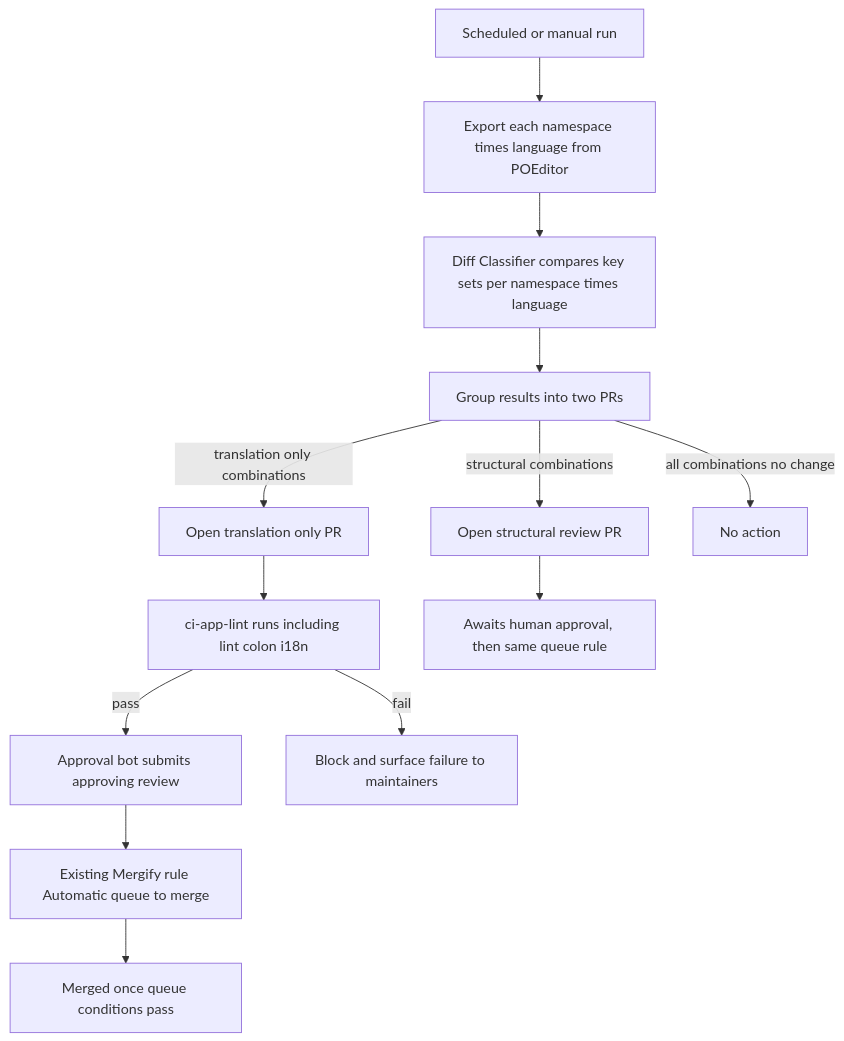
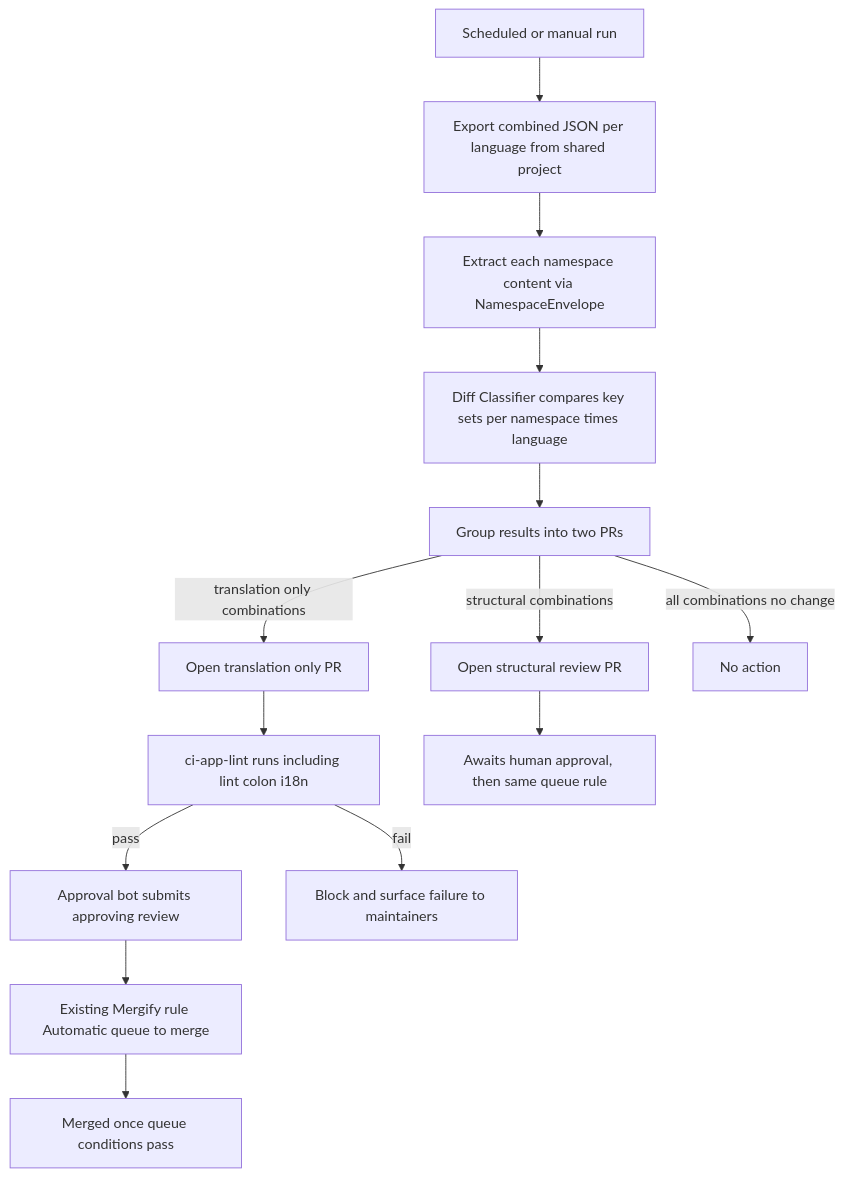
The third of 3 diagrams in .kiro/specs/i18n-community-translation/design.md (thr3a/growi), drawn with Mermaid before and after one commit. The commit also changed other lines of this file and 1 other file, not shown here.

````diff
--- a/.kiro/specs/i18n-community-translation/design.md
+++ b/.kiro/specs/i18n-community-translation/design.md
@@ -168,15 +187,16 @@
 ```mermaid
 flowchart TD
-    Start[Scheduled or manual run] --> Export[Export each namespace times language from POEditor]
-    Export --> Classify[Diff Classifier compares key sets per namespace times language]
+    Start[Scheduled or manual run] --> ExportLang[Export combined JSON per language from shared project]
+    ExportLang --> Split[Extract each namespace content via NamespaceEnvelope]
+    Split --> Classify[Diff Classifier compares key sets per namespace times language]
     Classify --> Group[Group results into two PRs]
     Group -->|translation only combinations| GatePR[Open translation only PR]
     Group -->|structural combinations| ReviewPR[Open structural review PR]
     Group -->|all combinations no change| Skip[No action]
     GatePR --> Gate1[ci-app-lint runs including lint colon i18n]
     Gate1 -->|pass| BotApprove[Approval bot submits approving review]
     Gate1 -->|fail| Block[Block and surface failure to maintainers]
     BotApprove --> Queue[Existing Mergify rule Automatic queue to merge]
     Queue --> Merged[Merged once queue conditions pass]
     ReviewPR --> HumanReview[Awaits human approval, then same queue rule]
 ```
````
